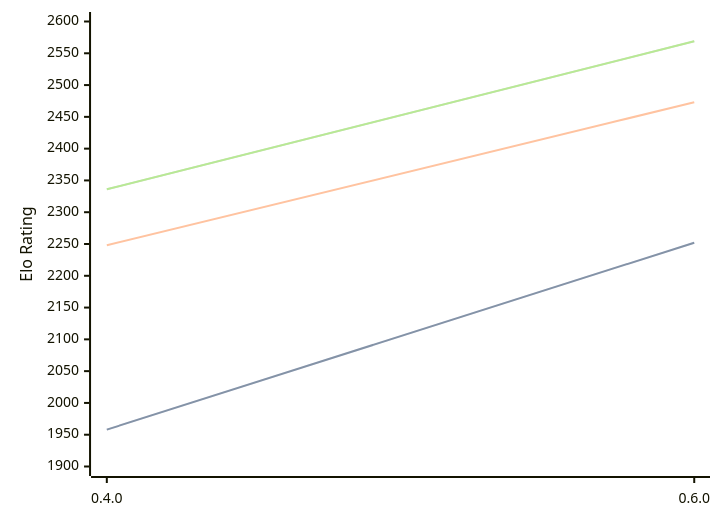
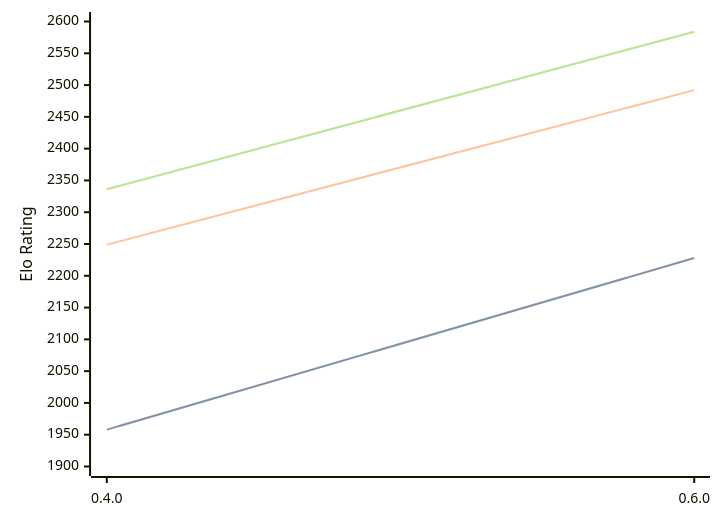
The diagram in engines/Ariadne.md (computer-chess-index/cci), drawn with Mermaid before and after one commit. The commit also changed other lines of this file, not shown here.

Commit message:
Update CCI Ratings (ELO VLTC) - 2026-09-02

````diff
--- a/engines/Ariadne.md
+++ b/engines/Ariadne.md
@@ -36,11 +36,11 @@
 ```mermaid
 %%{init: {"theme":"base","themeVariables":{"seriesColors:['#a3a3a3','#222221','#faa371']}}}%%
 xychart-beta
   x-axis ["0.4.0", "0.6.0"]
   y-axis "Elo Rating" 1900 --> 2600
-  line "" [1958, 2252]
-  line "STC (8.0+0.08s)" [1958, 2252]
-  line "LTC (60.0+0.60s)" [2248, 2473]
-  line "" [2336, 2569]
-  line "VLTC (2m24s+1.12s)" [2336, 2569]
+  line "" [1958, 2228]
+  line "STC (8.0+0.08s)" [1958, 2228]
+  line "LTC (60.0+0.60s)" [2249, 2492]
+  line "" [2336, 2584]
+  line "VLTC (2m24s+1.12s)" [2336, 2584]
 ```
````
